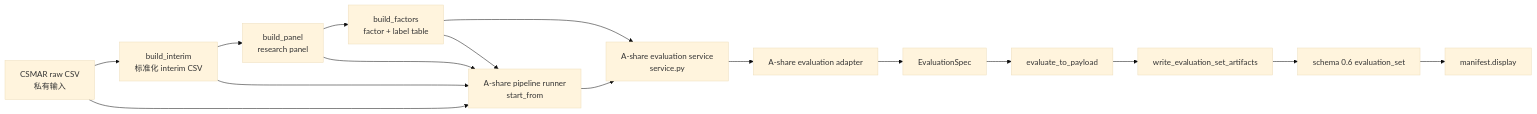
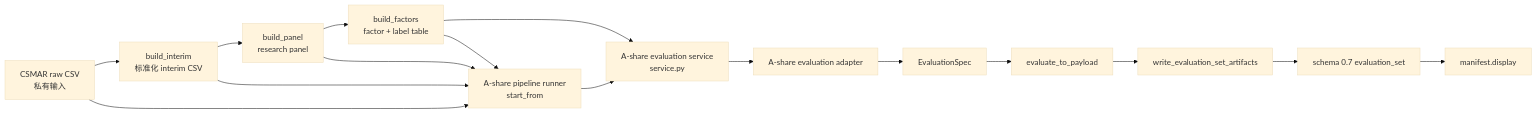
The first of 3 diagrams in docs/code-map/platform-flow.md (Sagiri317/quant-research-platform), drawn with Mermaid (base theme) before and after one commit. The commit also changed other lines of this file and 137 other files, not shown here.

Commit message:
Implement schema 0.7 diagnostics framework

````diff
--- a/docs/code-map/platform-flow.md
+++ b/docs/code-map/platform-flow.md
@@ -13,23 +13,23 @@
 ```mermaid
 flowchart LR
   raw["CSMAR raw CSV\n私有输入"]
   interim["build_interim\n标准化 interim CSV"]
   panel["build_panel\nresearch panel"]
   factors["build_factors\nfactor + label table"]
   runner["A-share pipeline runner\nstart_from"]
   service["A-share evaluation service\nservice.py"]
   adapter["A-share evaluation adapter"]
   spec["EvaluationSpec"]
   payload["evaluate_to_payload"]
   writer["write_evaluation_set_artifacts"]
-  artifacts["schema 0.6 evaluation_set"]
+  artifacts["schema 0.7 evaluation_set"]
   display["manifest.display"]
 
   raw --> interim --> panel --> factors
   factors --> service --> adapter --> spec --> payload --> writer --> artifacts --> display
   raw --> runner
   interim --> runner
   panel --> runner
   factors --> runner
   runner --> service
 ```
````
